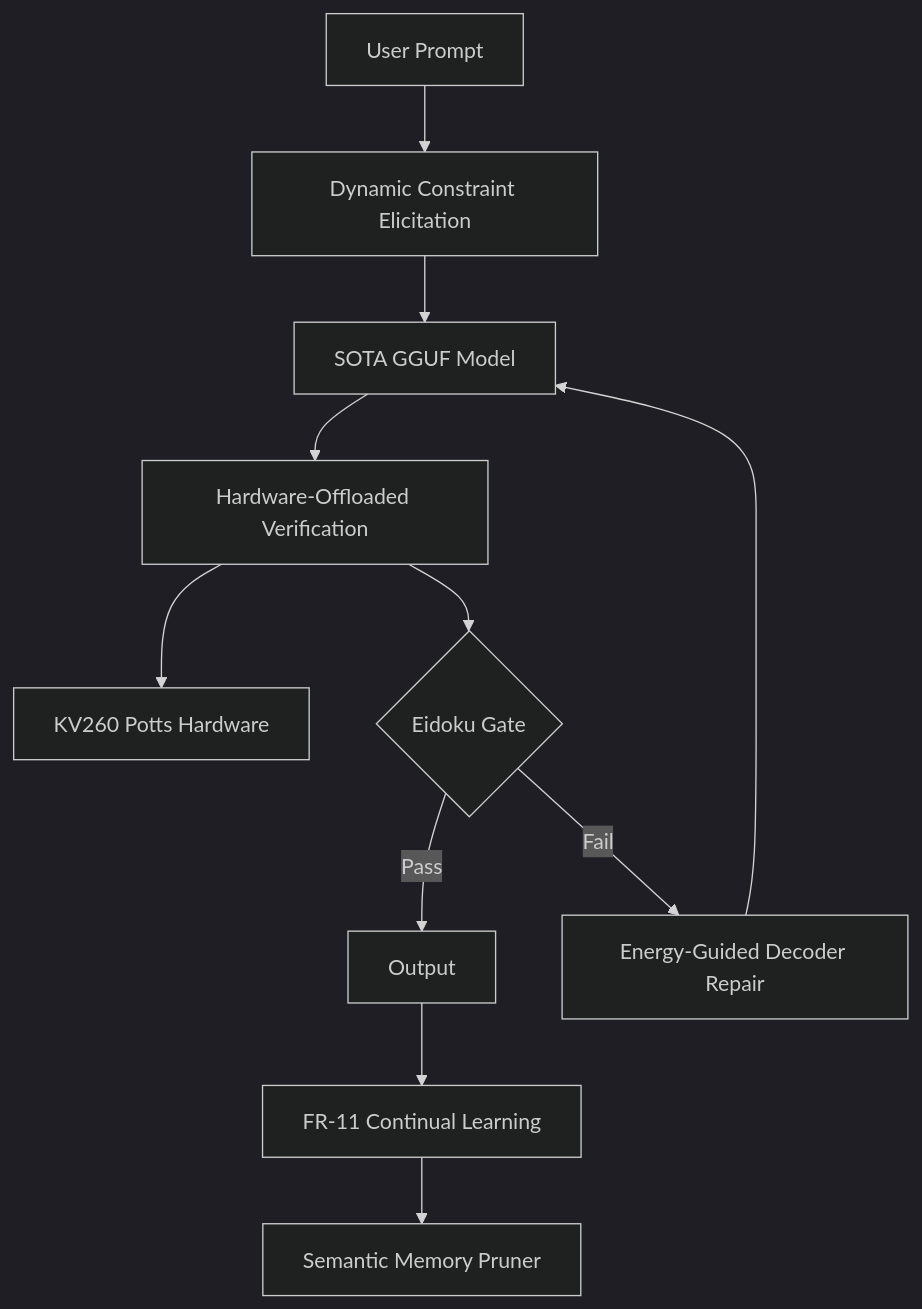
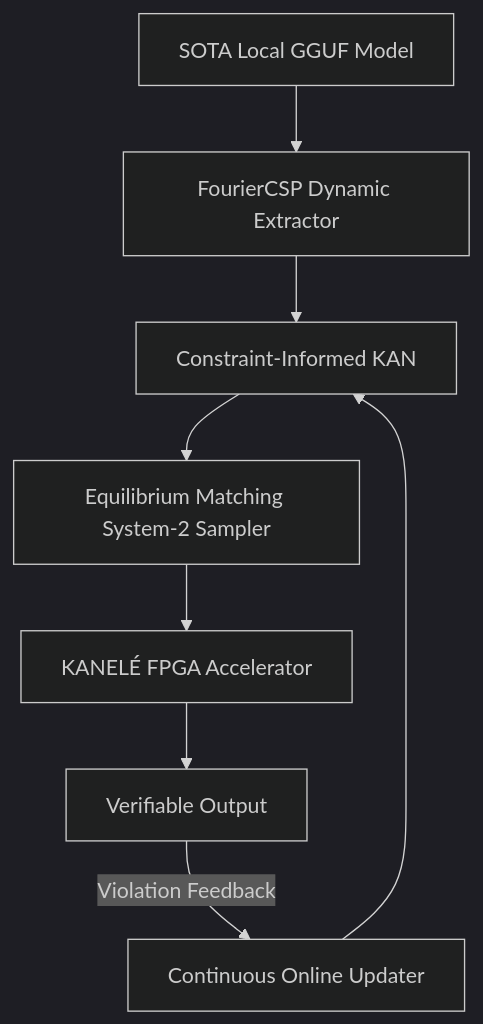
The diagram in openspec/change-proposals/research-roadmap-vNEXT.md (Carnot-EBM/carnot-ebm), drawn with Mermaid (dark theme) before and after one commit. The commit also changed other lines of this file and 2 other files, not shown here.

````diff
--- a/openspec/change-proposals/research-roadmap-vNEXT.md
+++ b/openspec/change-proposals/research-roadmap-vNEXT.md
@@ -17,13 +16,10 @@
 ```mermaid
-graph TD
-    A[User Prompt] --> B[Dynamic Constraint Elicitation]
-    B --> C[SOTA GGUF Model]
-    C --> D[Hardware-Offloaded Verification]
-    D --> E[KV260 Potts Hardware]
-    D --> F{Eidoku Gate}
-    F -->|Pass| G[Output]
-    F -->|Fail| H[Energy-Guided Decoder Repair]
-    H --> C
-    G --> I[FR-11 Continual Learning]
-    I --> J[Semantic Memory Pruner]
+graph TD;
+    LLM[SOTA Local GGUF Model] --> Extractor[FourierCSP Dynamic Extractor];
+    Extractor --> CIKAN[Constraint-Informed KAN];
+    CIKAN --> EBT_EqM[Equilibrium Matching System-2 Sampler];
+    EBT_EqM --> HW[KANELÉ FPGA Accelerator];
+    HW --> Result[Verifiable Output];
+    Result -- Violation Feedback --> SelfLearning[Continuous Online Updater];
+    SelfLearning --> CIKAN;
 ```
````
